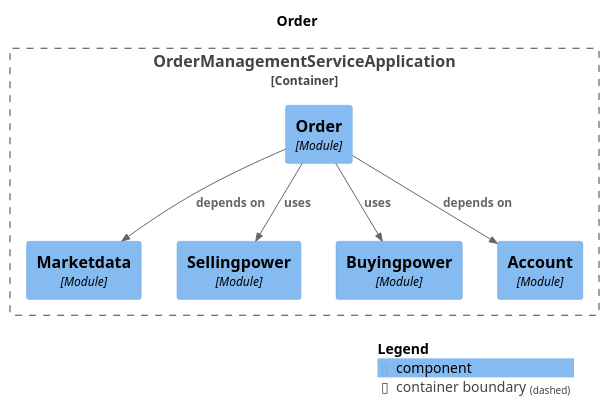
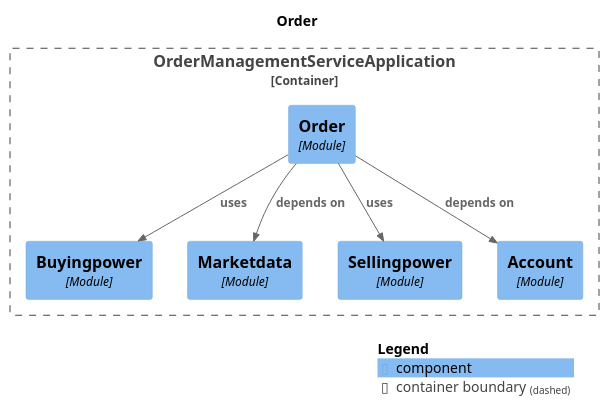
The diagram in static/spring-modulith-docs/module-order.puml (NosearY/order-management-service-reference-implementation), drawn with PlantUML before and after one commit. The commit also changed other lines of this file and 22 other files, not shown here.

```diff
--- a/static/spring-modulith-docs/module-order.puml
+++ b/static/spring-modulith-docs/module-order.puml
@@ -1,25 +1,25 @@
 @startuml
 set separator none
 title Order
 
 top to bottom direction
 
 !include <C4/C4>
 !include <C4/C4_Context>
 !include <C4/C4_Component>
 
 Container_Boundary("OrderManagementServiceApplication.OrderManagementServiceApplication_boundary", "OrderManagementServiceApplication", $tags="") {
   Component(OrderManagementServiceApplication.OrderManagementServiceApplication.Order, "Order", $techn="Module", $descr="", $tags="", $link="")
+  Component(OrderManagementServiceApplication.OrderManagementServiceApplication.Buyingpower, "Buyingpower", $techn="Module", $descr="", $tags="", $link="")
   Component(OrderManagementServiceApplication.OrderManagementServiceApplication.Marketdata, "Marketdata", $techn="Module", $descr="", $tags="", $link="")
   Component(OrderManagementServiceApplication.OrderManagementServiceApplication.Sellingpower, "Sellingpower", $techn="Module", $descr="", $tags="", $link="")
-  Component(OrderManagementServiceApplication.OrderManagementServiceApplication.Buyingpower, "Buyingpower", $techn="Module", $descr="", $tags="", $link="")
   Component(OrderManagementServiceApplication.OrderManagementServiceApplication.Account, "Account", $techn="Module", $descr="", $tags="", $link="")
 }
 
 Rel(OrderManagementServiceApplication.OrderManagementServiceApplication.Order, OrderManagementServiceApplication.OrderManagementServiceApplication.Account, "depends on", $techn="", $tags="", $link="")
 Rel(OrderManagementServiceApplication.OrderManagementServiceApplication.Order, OrderManagementServiceApplication.OrderManagementServiceApplication.Marketdata, "depends on", $techn="", $tags="", $link="")
 Rel(OrderManagementServiceApplication.OrderManagementServiceApplication.Order, OrderManagementServiceApplication.OrderManagementServiceApplication.Buyingpower, "uses", $techn="", $tags="", $link="")
 Rel(OrderManagementServiceApplication.OrderManagementServiceApplication.Order, OrderManagementServiceApplication.OrderManagementServiceApplication.Sellingpower, "uses", $techn="", $tags="", $link="")
 
 SHOW_LEGEND(true)
 @enduml
```
